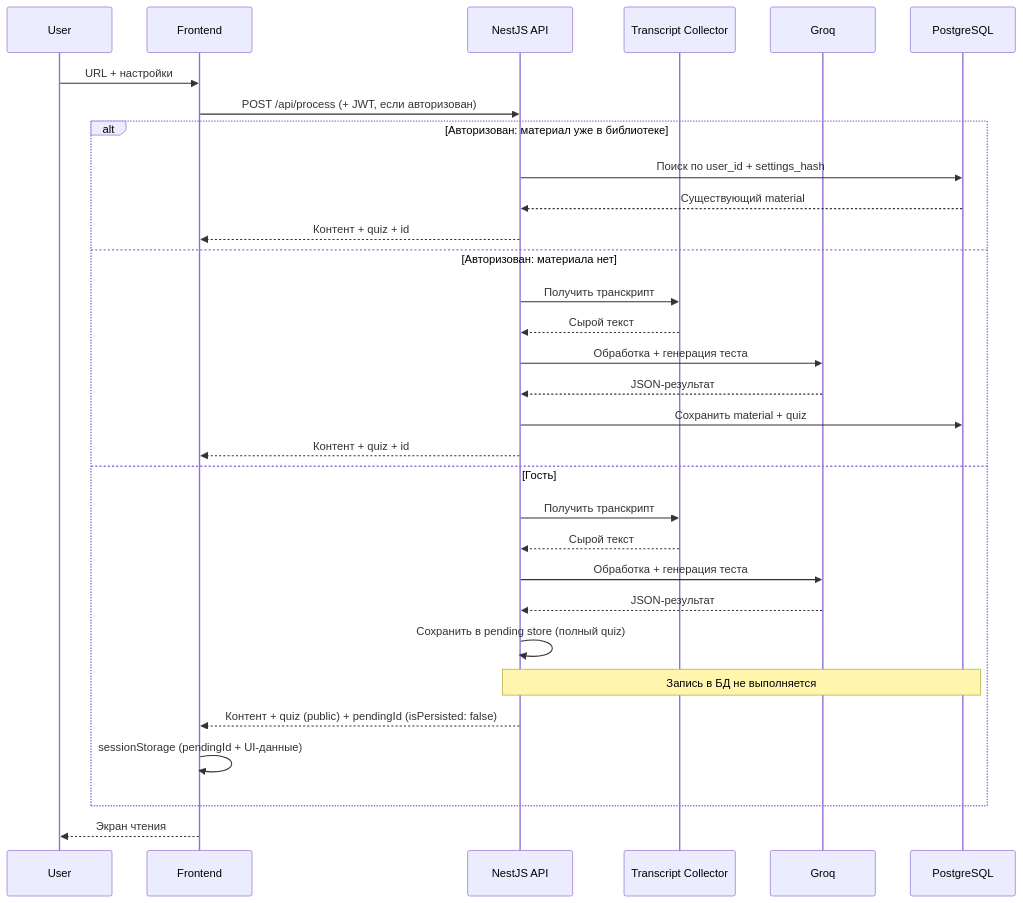
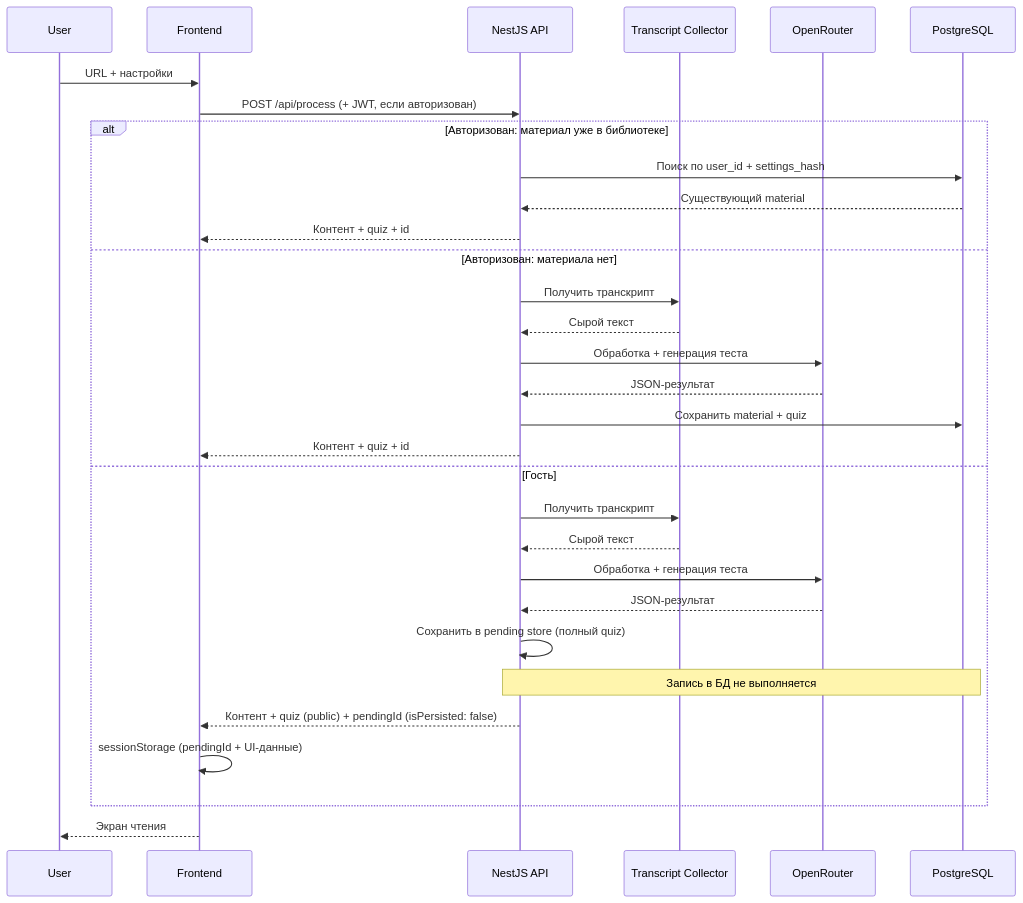
The diagram in docs/main-design.md (Daniello0/edu-track-ai), drawn with Mermaid before and after one commit. The commit also changed other lines of this file and 2 other files, not shown here.

````diff
--- a/docs/main-design.md
+++ b/docs/main-design.md
@@ -111,36 +111,36 @@
 ```mermaid
 sequenceDiagram
     participant U as User
     participant FE as Frontend
     participant BE as NestJS API
     participant TC as Transcript Collector
-    participant AI as Groq
+    participant AI as OpenRouter
     participant DB as PostgreSQL
 
     U->>FE: URL + настройки
     FE->>BE: POST /api/process (+ JWT, если авторизован)
 
     alt Авторизован: материал уже в библиотеке
         BE->>DB: Поиск по user_id + settings_hash
         DB-->>BE: Существующий material
         BE-->>FE: Контент + quiz + id
     else Авторизован: материала нет
         BE->>TC: Получить транскрипт
         TC-->>BE: Сырой текст
         BE->>AI: Обработка + генерация теста
         AI-->>BE: JSON-результат
         BE->>DB: Сохранить material + quiz
         BE-->>FE: Контент + quiz + id
     else Гость
         BE->>TC: Получить транскрипт
         TC-->>BE: Сырой текст
         BE->>AI: Обработка + генерация теста
         AI-->>BE: JSON-результат
         BE->>BE: Сохранить в pending store (полный quiz)
         Note over BE,DB: Запись в БД не выполняется
         BE-->>FE: Контент + quiz (public) + pendingId (isPersisted: false)
         FE->>FE: sessionStorage (pendingId + UI-данные)
     end
 
     FE-->>U: Экран чтения
 ```
````
